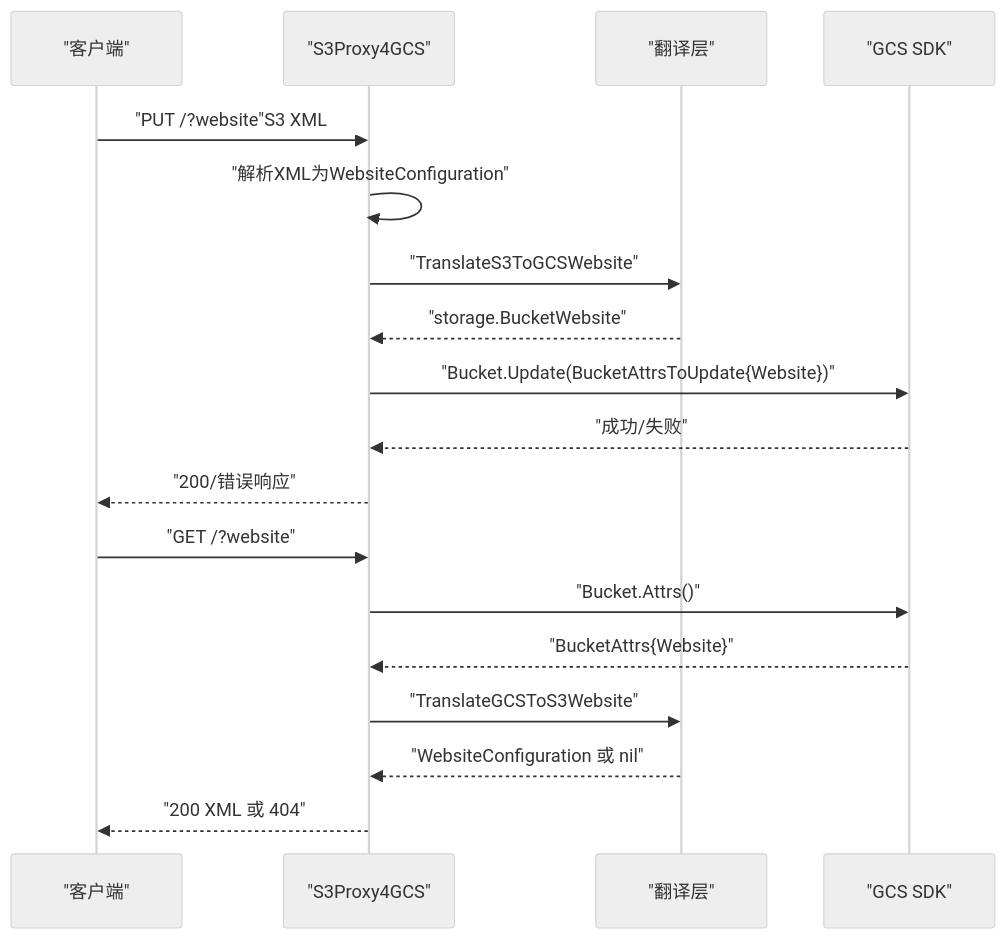
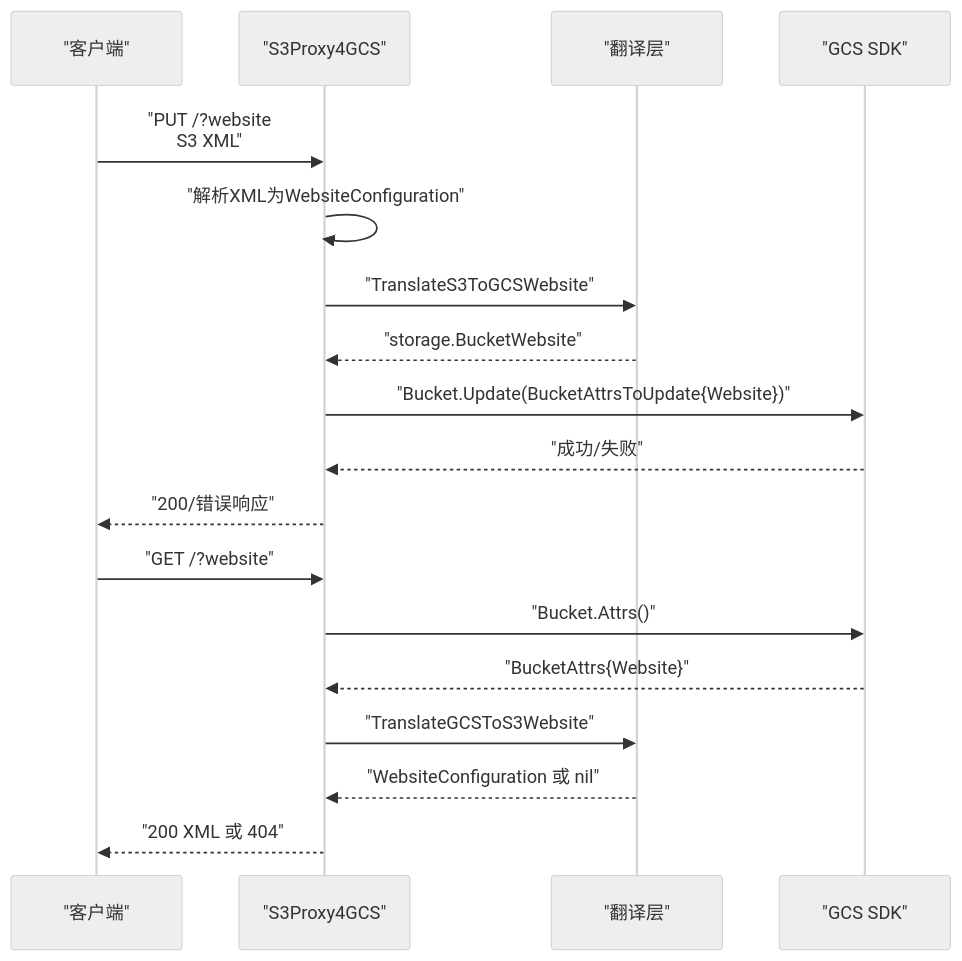
Before and after one commit to flying1574/S3Proxy4GCS: the second of 5 diagrams in .qoder/repowiki/zh/content/核心功能/网站托管配置.md, drawn with Mermaid (neutral theme). The commit also changed other lines of this file and 10 other files, not shown here.

````diff
--- a/.qoder/repowiki/zh/content/核心功能/网站托管配置.md
+++ b/.qoder/repowiki/zh/content/核心功能/网站托管配置.md
@@ -112,20 +133,20 @@
 ```mermaid
 sequenceDiagram
 participant C as "客户端"
 participant P as "S3Proxy4GCS"
 participant T as "翻译层"
 participant G as "GCS SDK"
-C->>P : "PUT /?website"S3 XML
+C->>P : "PUT /?website<br/>S3 XML"
 P->>P : "解析XML为WebsiteConfiguration"
 P->>T : "TranslateS3ToGCSWebsite"
 T-->>P : "storage.BucketWebsite"
 P->>G : "Bucket.Update(BucketAttrsToUpdate{Website})"
 G-->>P : "成功/失败"
 P-->>C : "200/错误响应"
 C->>P : "GET /?website"
 P->>G : "Bucket.Attrs()"
 G-->>P : "BucketAttrs{Website}"
 P->>T : "TranslateGCSToS3Website"
 T-->>P : "WebsiteConfiguration 或 nil"
 P-->>C : "200 XML 或 404"
 ```
````
